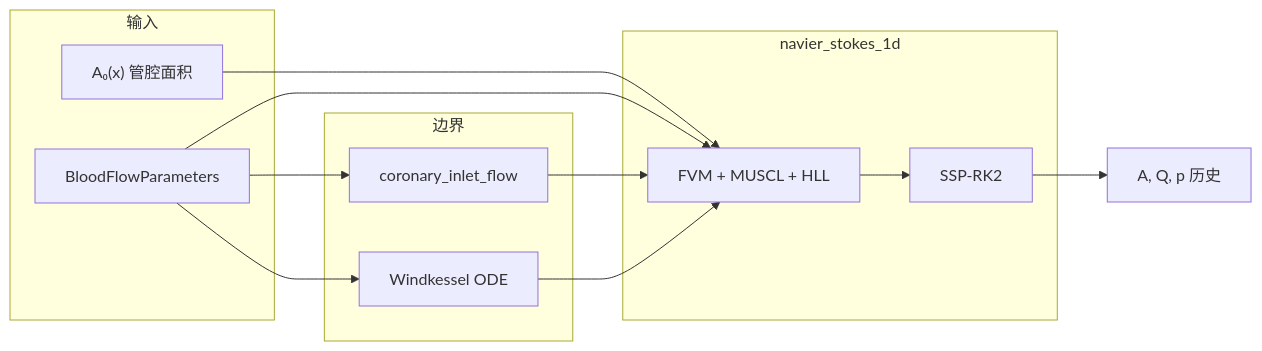
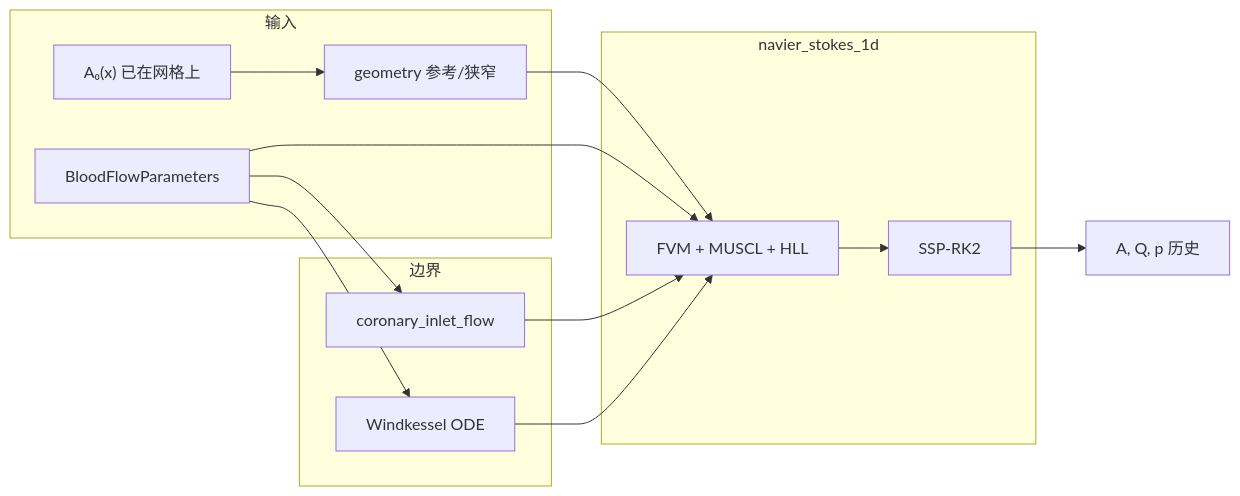
One commit to WZero98/Coronary_dynamic_simulation changed the fourth of 4 diagrams in docs/navier_stokes_1d.md. Above: the diagram before and after it, drawn with Mermaid. The commit also changed other lines of this file and 2 other files, not shown here.

````diff
--- a/docs/navier_stokes_1d.md
+++ b/docs/navier_stokes_1d.md
@@ -850,23 +866,25 @@
 ```mermaid
 flowchart LR
   subgraph input [输入]
-    A0["A₀(x) 管腔面积"]
+    A0["A₀(x) 已在网格上"]
     PAR["BloodFlowParameters"]
+    GEO["geometry 参考/狭窄"]
   end
   subgraph solver [navier_stokes_1d]
     FV["FVM + MUSCL + HLL"]
     SSP["SSP-RK2"]
   end
   subgraph bc [边界]
     IN["coronary_inlet_flow"]
     WK["Windkessel ODE"]
   end
-  A0 --> FV
+  A0 --> GEO
+  GEO --> FV
   PAR --> FV
   PAR --> IN
   PAR --> WK
   IN --> FV
   WK --> FV
   FV --> SSP
   SSP --> OUT["A, Q, p 历史"]
 ```
````
